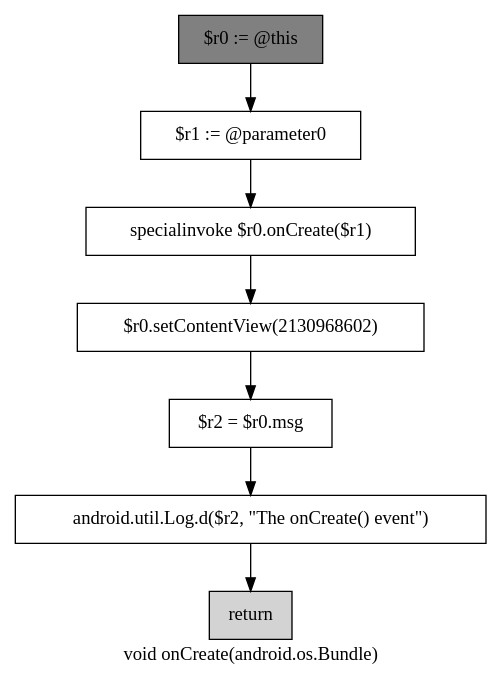
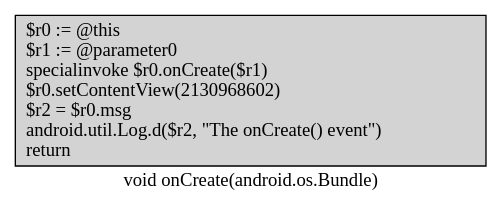
The diagram in soot-infoflow-android-develop/onCreate.dot (gsrishaila/summer), drawn with Graphviz before and after one commit. The commit also changed 14 other files, not shown here.

```diff
--- a/soot-infoflow-android-develop/onCreate.dot
+++ b/soot-infoflow-android-develop/onCreate.dot
@@ -1,17 +1,5 @@
 digraph "void onCreate(android.os.Bundle)" {
     label="void onCreate(android.os.Bundle)";
     node [shape=box];
-    "0" [style=filled,fillcolor=gray,label="$r0 := @this",];
-    "1" [label="$r1 := @parameter0",];
-    "0"->"1";
-    "2" [label="specialinvoke $r0.onCreate($r1)",];
-    "1"->"2";
-    "3" [label="$r0.setContentView(2130968602)",];
-    "2"->"3";
-    "4" [label="$r2 = $r0.msg",];
-    "3"->"4";
-    "5" [label="android.util.Log.d($r2, \"The onCreate() event\")",];
-    "4"->"5";
-    "6" [style=filled,fillcolor=lightgray,label="return",];
-    "5"->"6";
+    "0" [style=filled,fillcolor=gray,style=filled,fillcolor=lightgray,label="$r0 := @this\l$r1 := @parameter0\lspecialinvoke $r0.onCreate($r1)\l$r0.setContentView(2130968602)\l$r2 = $r0.msg\landroid.util.Log.d($r2, \"The onCreate() event\")\lreturn\l",];
 }
```
